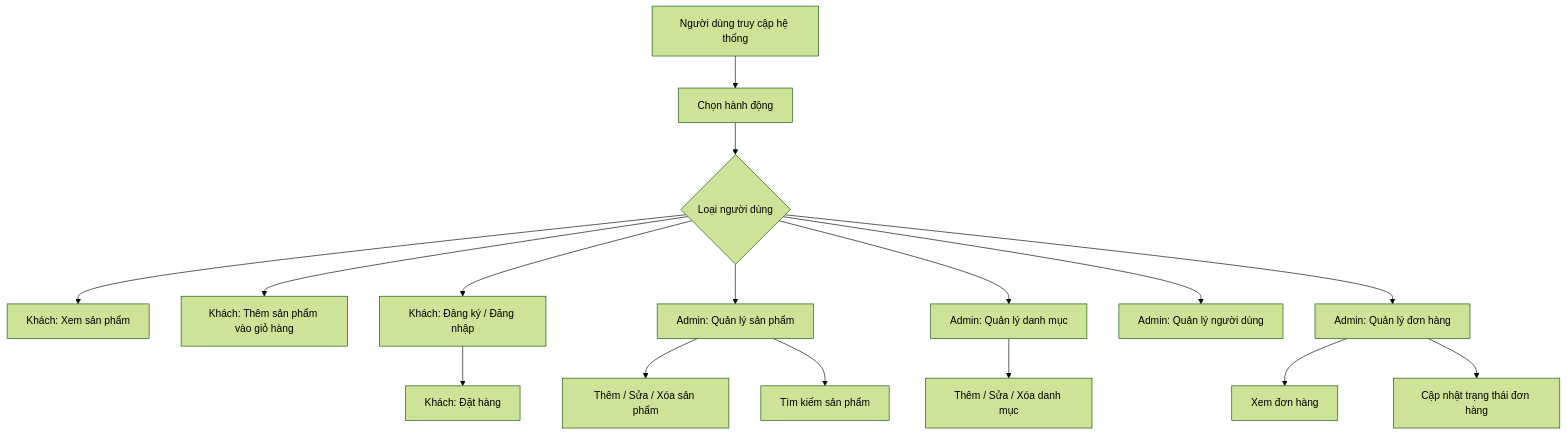
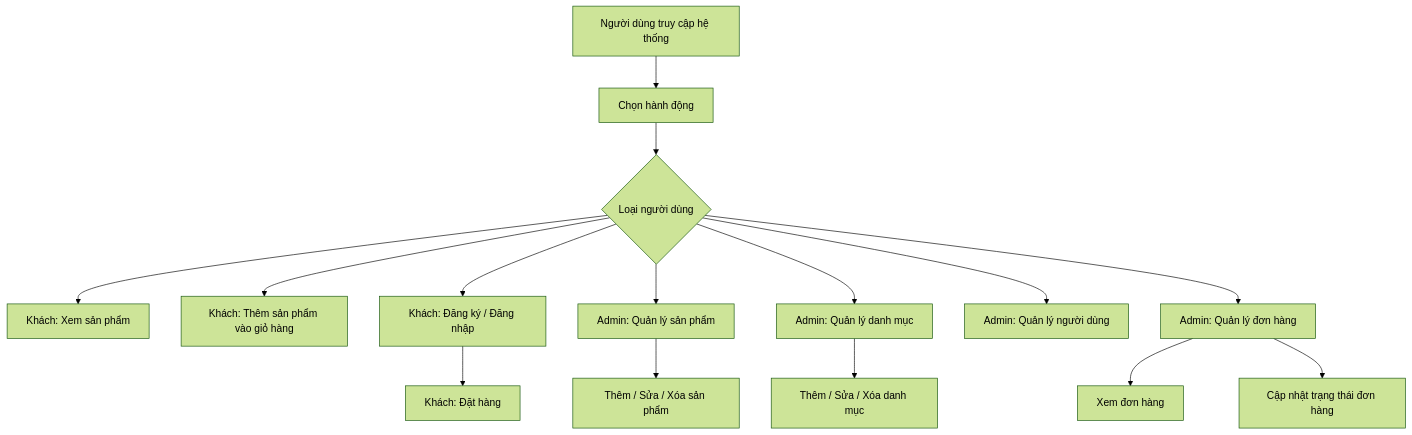
The diagram in README.md (Nguyendat0819/Lavarel-CLOTHING_SHOP.), drawn with Mermaid (forest theme) before and after one commit.

````diff
--- a/README.md
+++ b/README.md
@@ -36,23 +36,23 @@
 ```mermaid
 graph TD;
     A[Người dùng truy cập hệ thống] --> B[Chọn hành động];
     B --> C{Loại người dùng};
 
     C --> D[Khách: Xem sản phẩm];
     C --> E[Khách: Thêm sản phẩm vào giỏ hàng];
     C --> F[Khách: Đăng ký / Đăng nhập];
     F --> G[Khách: Đặt hàng];
 
     C --> H[Admin: Quản lý sản phẩm];
     H --> H1[Thêm / Sửa / Xóa sản phẩm];
-    H --> H2[Tìm kiếm sản phẩm];
+   
     
     C --> I[Admin: Quản lý danh mục];
     I --> I1[Thêm / Sửa / Xóa danh mục];
 
     C --> J[Admin: Quản lý người dùng];
     C --> K[Admin: Quản lý đơn hàng];
     K --> K1[Xem đơn hàng];
     K --> K2[Cập nhật trạng thái đơn hàng];
 
 ```
````
